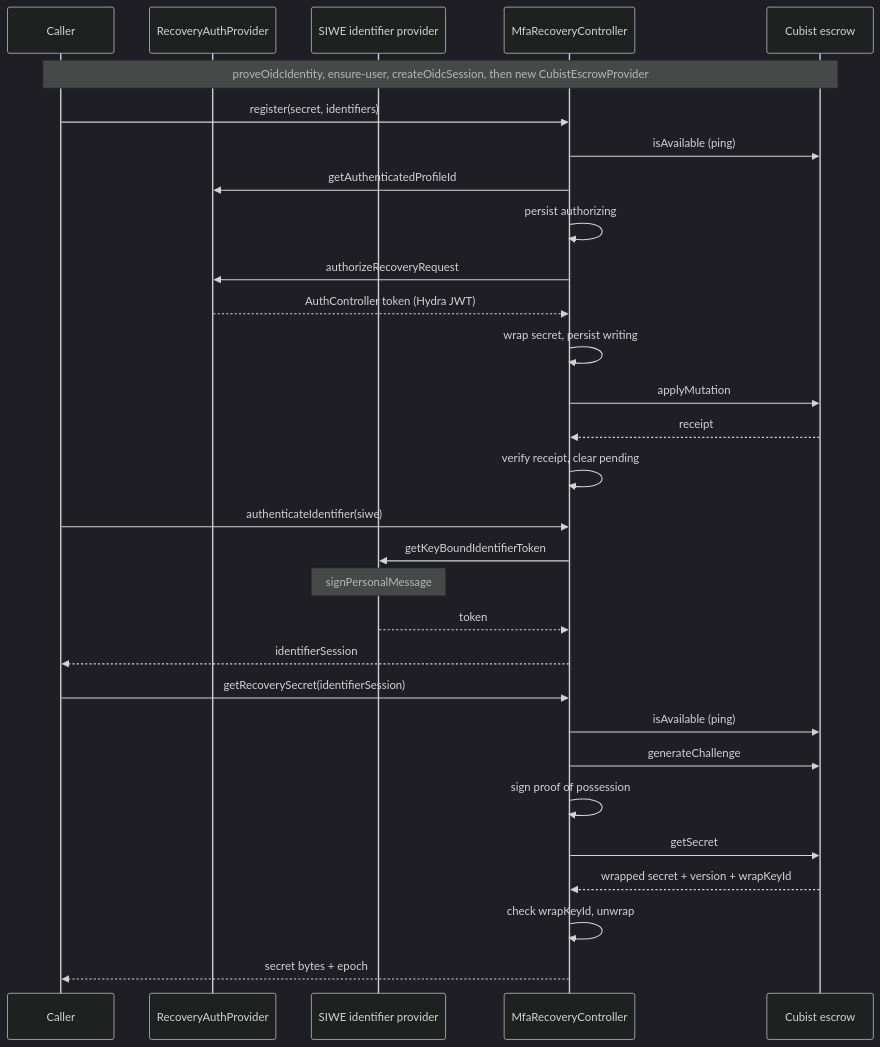
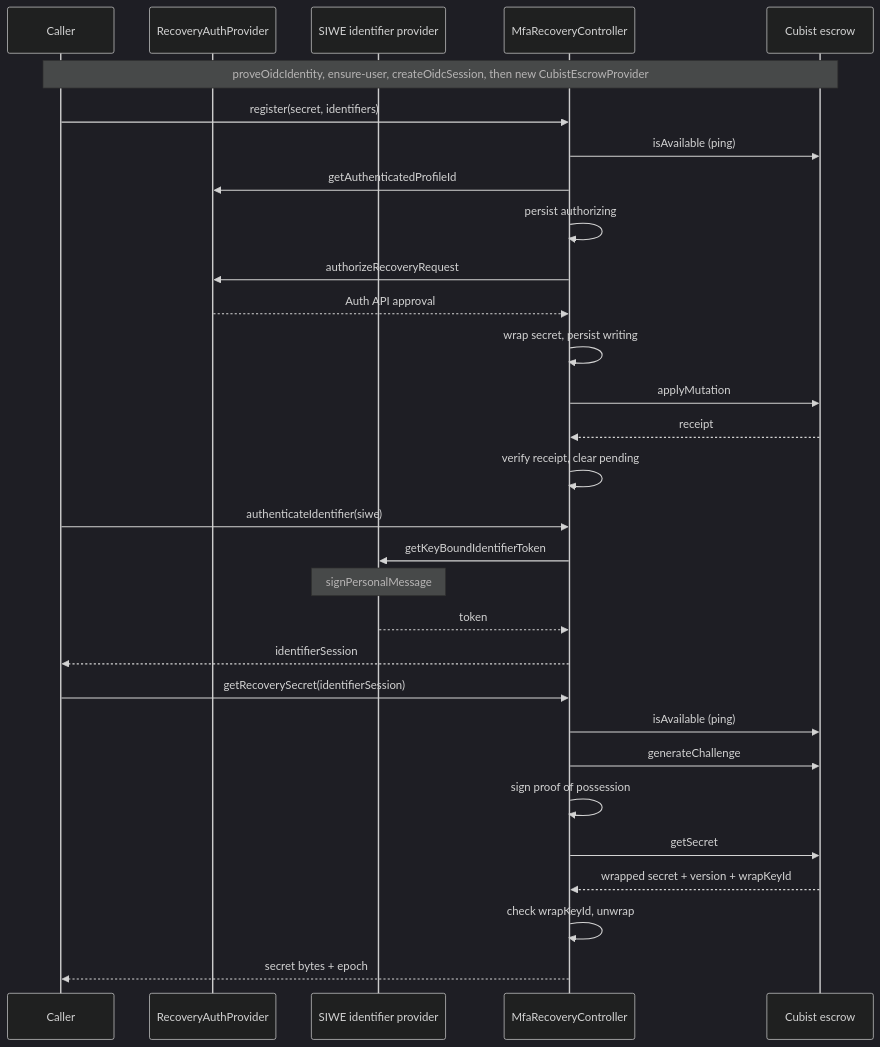
Before and after one commit to MetaMask/core: the fourth of 7 diagrams in packages/mfa-recovery-controller/ARCHITECTURE.md, drawn with Mermaid (dark theme). The commit also changed other lines of this file and 14 other files, not shown here.

Commit message:
feat: align MFA recovery with Auth API approvals

````diff
--- a/packages/mfa-recovery-controller/ARCHITECTURE.md
+++ b/packages/mfa-recovery-controller/ARCHITECTURE.md
@@ -232,36 +231,36 @@
 ```mermaid
 sequenceDiagram
   participant Caller as Caller
   participant Auth as RecoveryAuthProvider
   participant IdP as SIWE identifier provider
   participant Ctrl as MfaRecoveryController
   participant Escrow as Cubist escrow
 
   Note over Caller,Escrow: proveOidcIdentity, ensure-user, createOidcSession, then new CubistEscrowProvider
 
   Caller->>Ctrl: register(secret, identifiers)
   Ctrl->>Escrow: isAvailable (ping)
   Ctrl->>Auth: getAuthenticatedProfileId
   Ctrl->>Ctrl: persist authorizing
   Ctrl->>Auth: authorizeRecoveryRequest
-  Auth-->>Ctrl: AuthController token (Hydra JWT)
+  Auth-->>Ctrl: Auth API approval
   Ctrl->>Ctrl: wrap secret, persist writing
   Ctrl->>Escrow: applyMutation
   Escrow-->>Ctrl: receipt
   Ctrl->>Ctrl: verify receipt, clear pending
 
   Caller->>Ctrl: authenticateIdentifier(siwe)
   Ctrl->>IdP: getKeyBoundIdentifierToken
   Note over IdP: signPersonalMessage
   IdP-->>Ctrl: token
   Ctrl-->>Caller: identifierSession
 
   Caller->>Ctrl: getRecoverySecret(identifierSession)
   Ctrl->>Escrow: isAvailable (ping)
   Ctrl->>Escrow: generateChallenge
   Ctrl->>Ctrl: sign proof of possession
   Ctrl->>Escrow: getSecret
   Escrow-->>Ctrl: wrapped secret + version + wrapKeyId
   Ctrl->>Ctrl: check wrapKeyId, unwrap
   Ctrl-->>Caller: secret bytes + epoch
 ```
````
